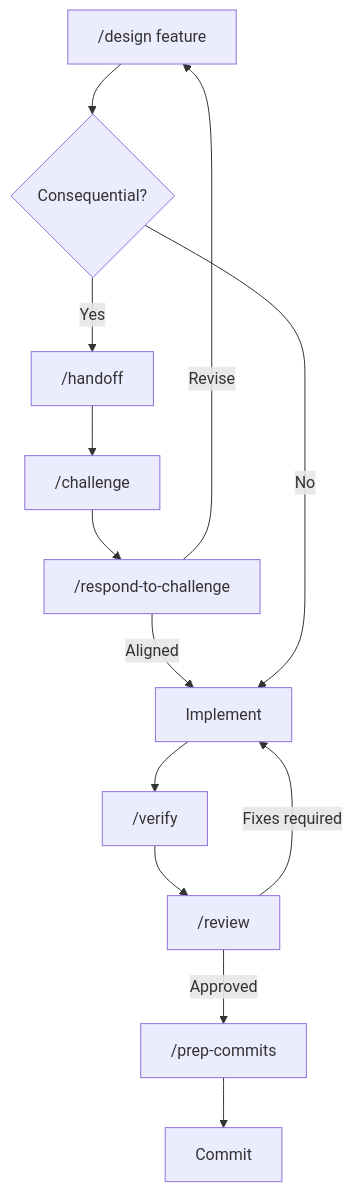
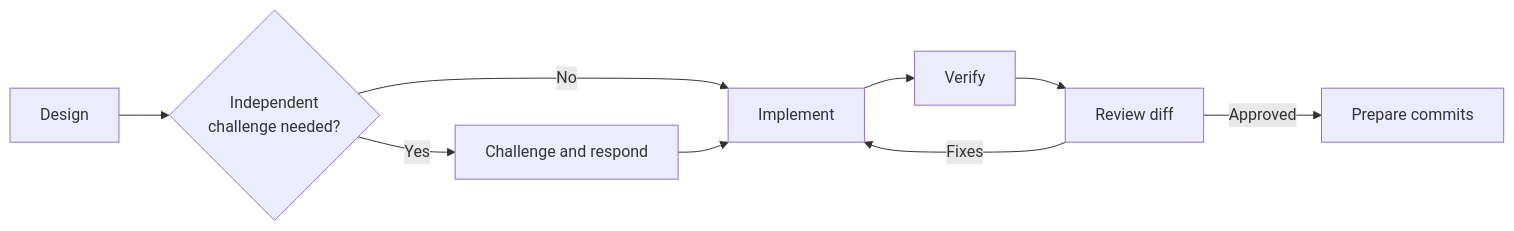
The diagram in docs/ai-development-workflow.md (ziyuonmain/zugzwang), drawn with Mermaid before and after one commit. The commit also changed other lines of this file and 1 other file, not shown here.

````diff
--- a/docs/ai-development-workflow.md
+++ b/docs/ai-development-workflow.md
@@ -383,15 +30,11 @@
 ```mermaid
-flowchart TD
-    design["/design feature"] --> handoff{"Consequential?"}
-    handoff -- Yes --> persist["/handoff"]
-    persist --> challenge["/challenge"]
-    challenge --> respond["/respond-to-challenge"]
-    respond -- Revise --> design
-    respond -- Aligned --> implement["Implement"]
-    handoff -- No --> implement
-    implement --> verify["/verify"]
-    verify --> review["/review"]
-    review -- Fixes required --> implement
-    review -- Approved --> prep["/prep-commits"]
-    prep --> commit["Commit"]
+flowchart LR
+    design["Design"] --> challenge{"Independent<br/>challenge needed?"}
+    challenge -- Yes --> review["Challenge and respond"]
+    challenge -- No --> implement["Implement"]
+    review --> implement
+    implement --> verify["Verify"]
+    verify --> inspect["Review diff"]
+    inspect -- Fixes --> implement
+    inspect -- Approved --> commits["Prepare commits"]
 ```
````
